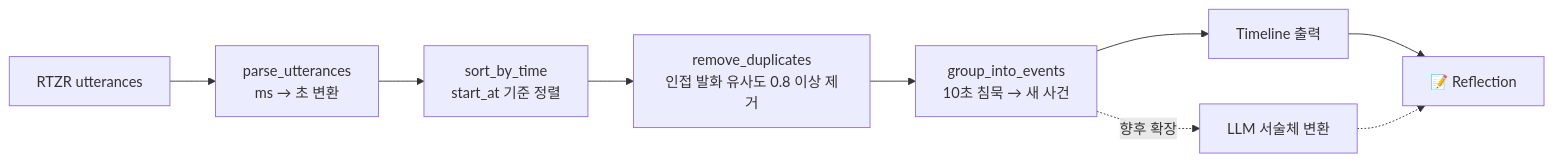
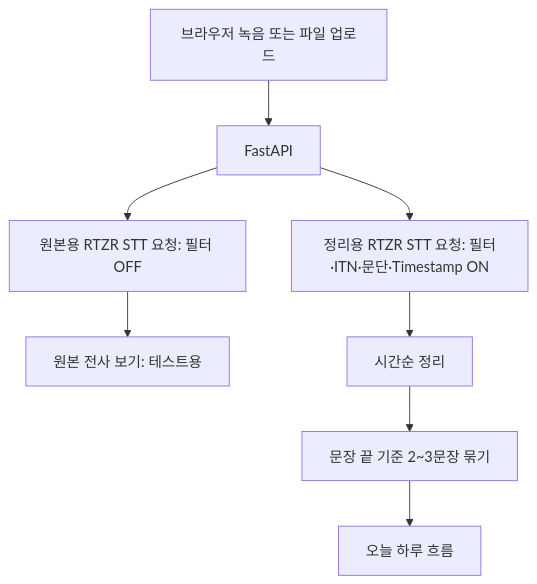
One commit to eoog333/EchoLog changed the diagram in README.md. Above: the diagram before and after it, drawn with Mermaid. The commit also changed other lines of this file and 12 other files, not shown here.

````diff
--- a/README.md
+++ b/README.md
@@ -157,11 +28,10 @@
 ```mermaid
-flowchart LR
-    A[RTZR utterances] --> B[parse_utterances\nms → 초 변환]
-    B --> C[sort_by_time\nstart_at 기준 정렬]
-    C --> D[remove_duplicates\n인접 발화 유사도 0.8 이상 제거]
-    D --> E[group_into_events\n10초 침묵 → 새 사건]
-    E --> F[Timeline 출력]
-    F --> I[📝 Reflection]
-    E -. 향후 확장 .-> G[LLM 서술체 변환]
-    G -.-> I
+flowchart TD
+    A[브라우저 녹음 또는 파일 업로드] --> B[FastAPI]
+    B --> C[원본용 RTZR STT 요청: 필터 OFF]
+    B --> D[정리용 RTZR STT 요청: 필터·ITN·문단·Timestamp ON]
+    C --> E[원본 전사 보기: 테스트용]
+    D --> F[시간순 정리]
+    F --> G[문장 끝 기준 2~3문장 묶기]
+    G --> H[오늘 하루 흐름]
 ```
````
